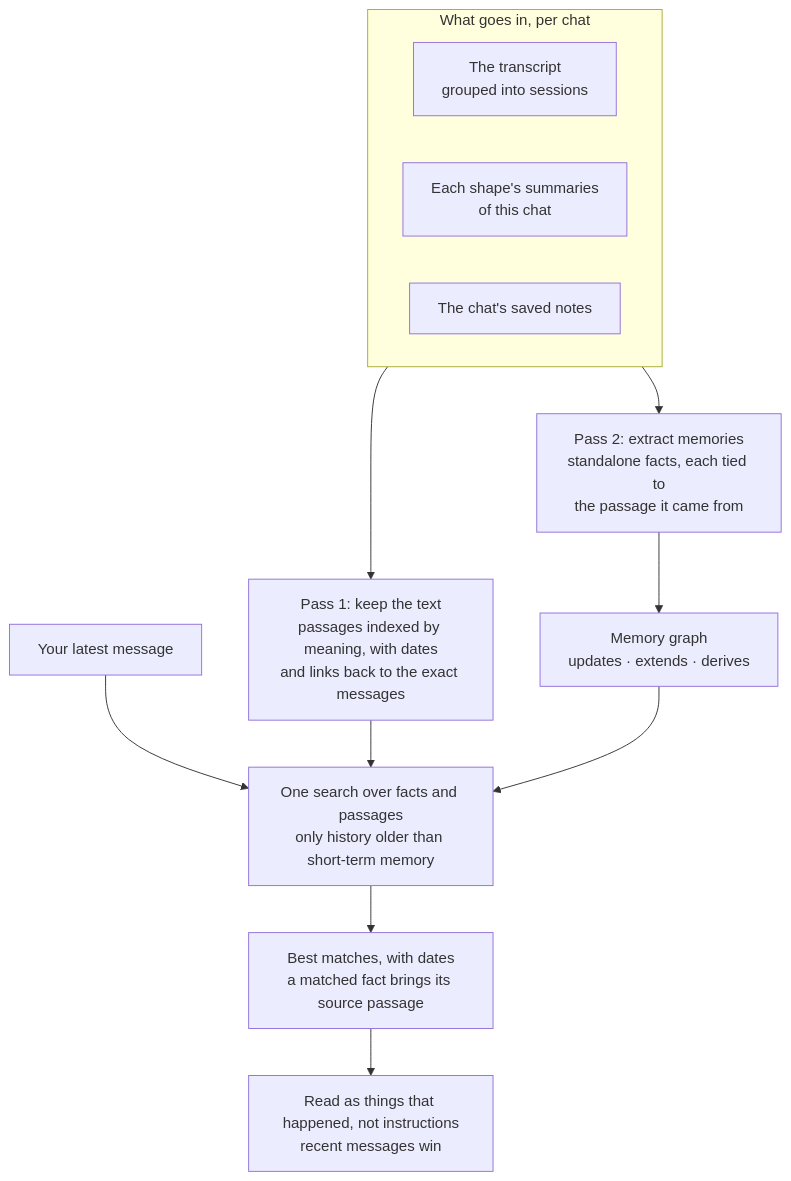
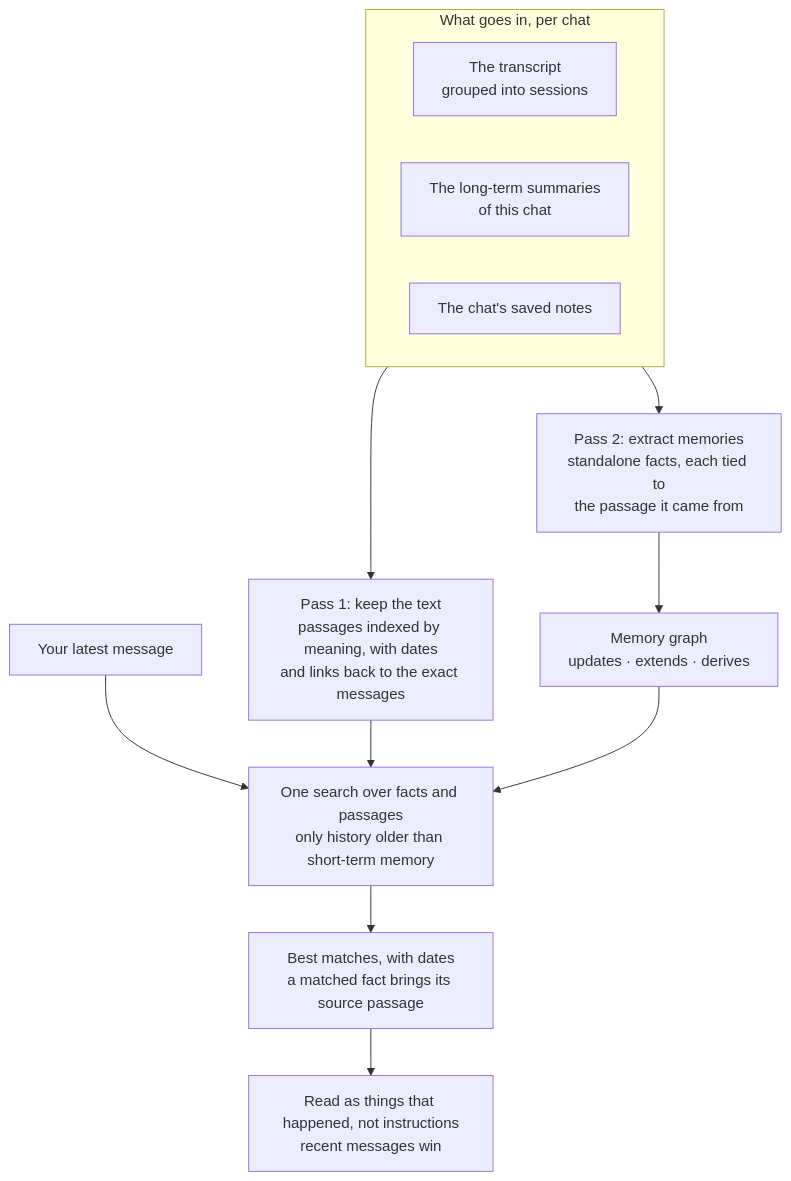
Before and after one commit to shapesinc/docs: the third of 8 diagrams in memory-under-the-hood.mdx, drawn with Mermaid. The commit also changed other lines of this file and 44 other files, not shown here.

````diff
--- a/memory-under-the-hood.mdx
+++ b/memory-under-the-hood.mdx
@@ -96,17 +96,17 @@
 ```mermaid
 flowchart TB
   subgraph In["What goes in, per chat"]
     direction LR
     T["The transcript<br/>grouped into sessions"]
-    S["Each shape's summaries<br/>of this chat"]
+    S["The long-term summaries<br/>of this chat"]
     Nn["The chat's saved notes"]
   end
   In --> P1["Pass 1: keep the text<br/>passages indexed by meaning, with dates<br/>and links back to the exact messages"]
   In --> P2["Pass 2: extract memories<br/>standalone facts, each tied to<br/>the passage it came from"]
   P2 --> G["Memory graph<br/>updates · extends · derives"]
   Q["Your latest message"] --> H["One search over facts and passages<br/>only history older than short-term memory"]
   P1 --> H
   G --> H
   H --> Out["Best matches, with dates<br/>a matched fact brings its source passage"]
   Out --> Shape["Read as things that happened, not instructions<br/>recent messages win"]
 ```
````
